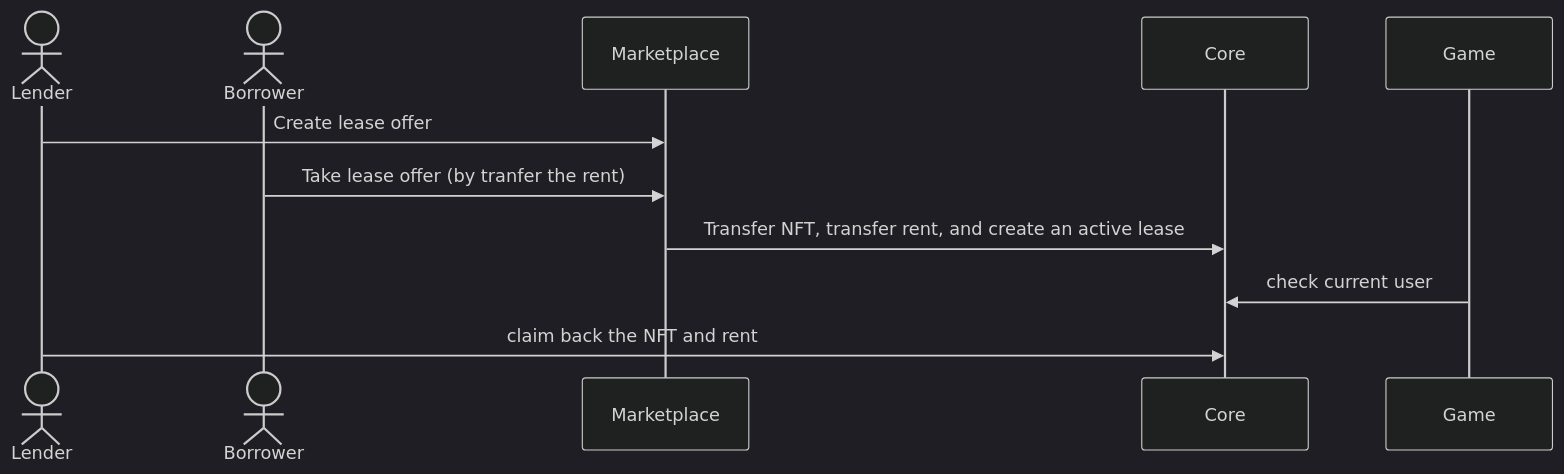
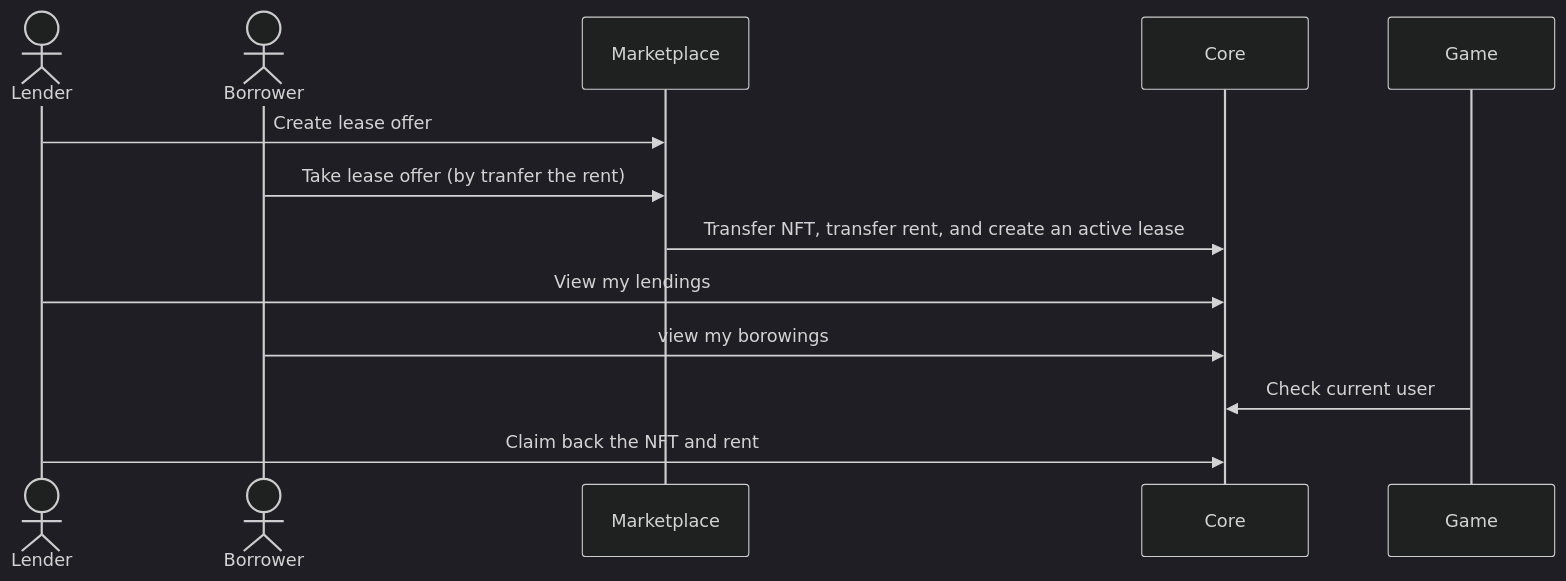
The diagram in marketplace/README.md (NiFTyRent/nft-rental), drawn with Mermaid (dark theme) before and after one commit. The commit also changed 1 other file, not shown here.

Commit message:
minor changes

````diff
--- a/marketplace/README.md
+++ b/marketplace/README.md
@@ -8,13 +8,15 @@
 ``` mermaid
 sequenceDiagram
     actor Lender
     actor Borrower
     participant Marketplace
     participant Core
     participant Game
-    Lender->>Marketplace: Create lease offer
-    Borrower->>Marketplace: Take lease offer (by tranfer the rent)
+    Lender ->> Marketplace: Create lease offer
+    Borrower ->> Marketplace: Take lease offer (by tranfer the rent)
     Marketplace->>Core: Transfer NFT, transfer rent, and create an active lease
-    Game ->> Core: check current user
-    Lender ->> Core: claim back the NFT and rent
+    Lender ->> Core: View my lendings
+    Borrower ->> Core: view my borowings
+    Game ->> Core: Check current user
+    Lender ->> Core: Claim back the NFT and rent
 ```
````
